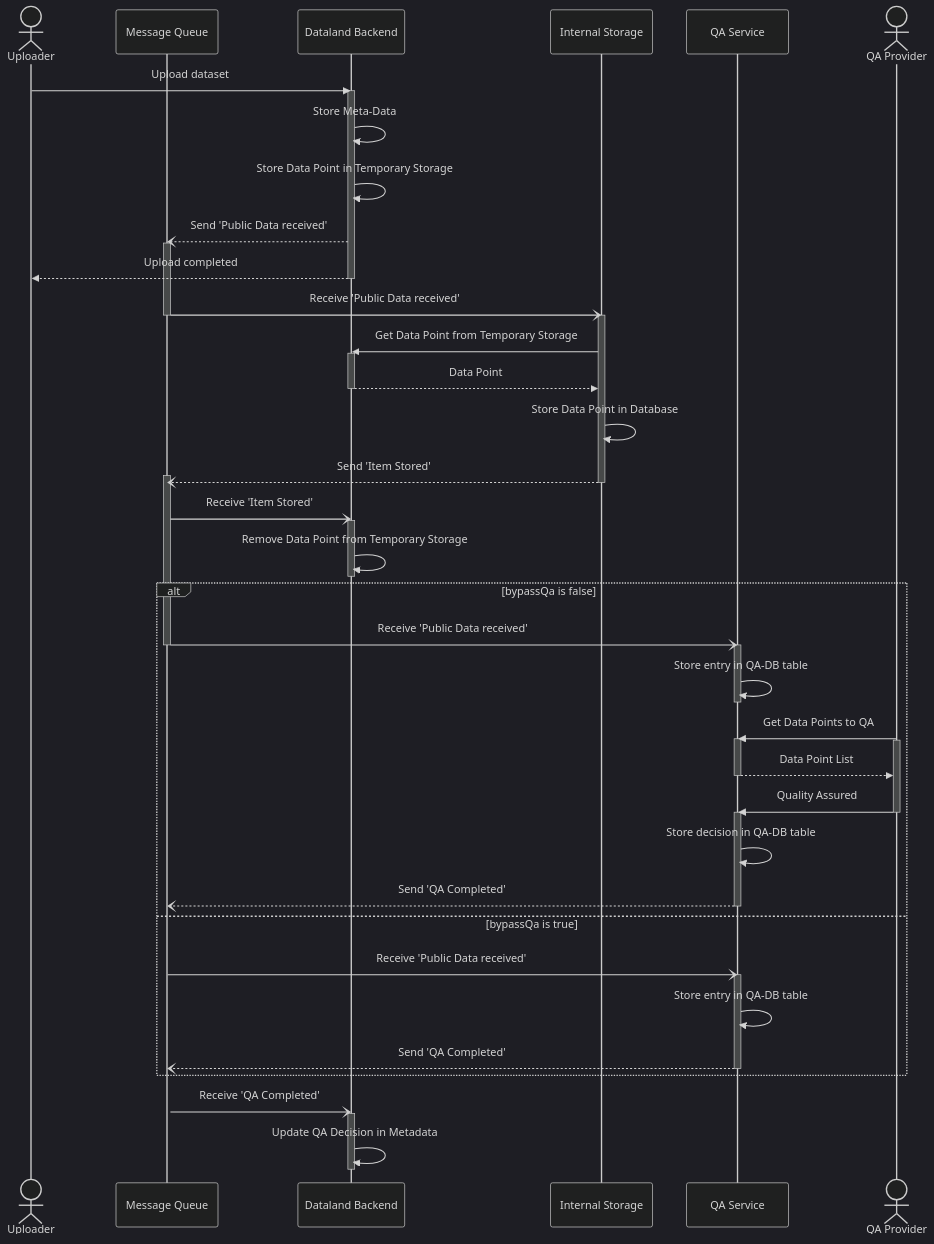
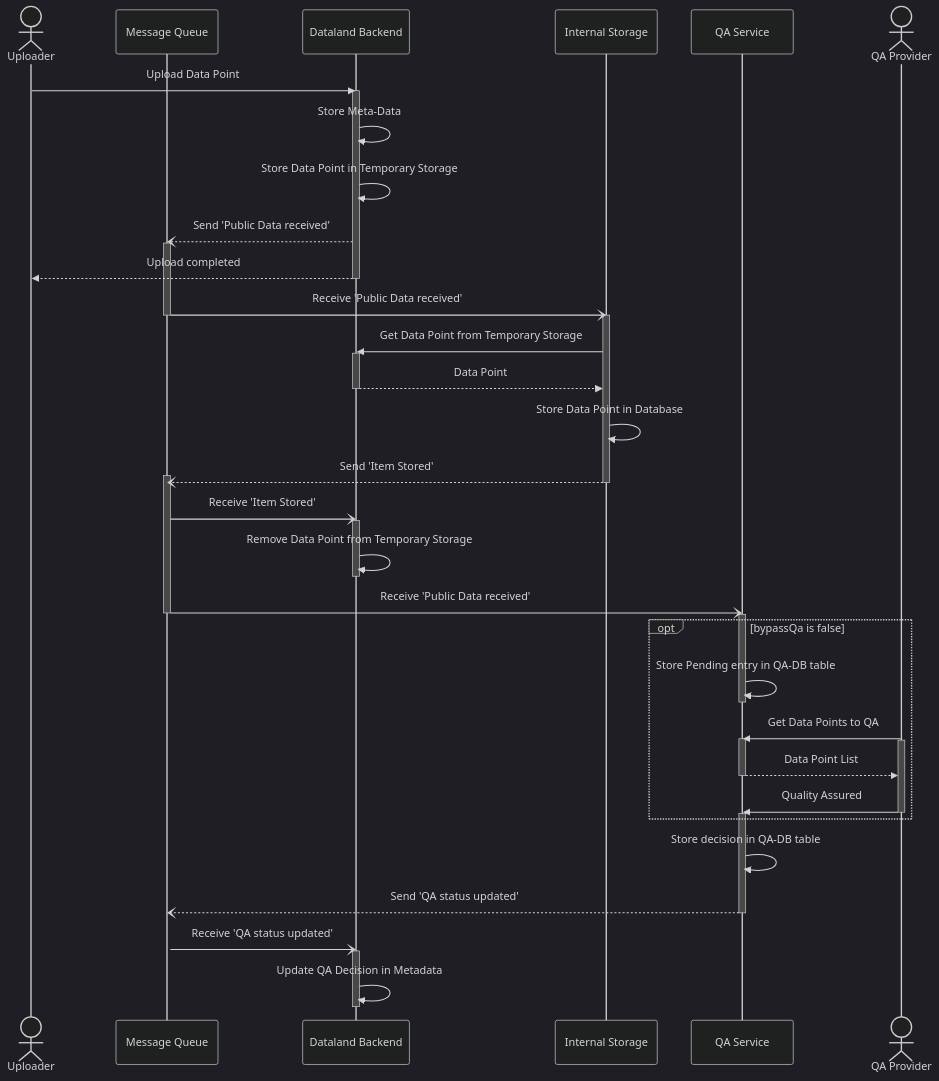
The diagram in documentation/processes/data_point_upload_process.md (d-fine/Dataland), drawn with Mermaid (dark theme) before and after one commit. The commit also changed 1 other file, not shown here.

Commit message:
Updated mermaid diagrams to match current process

````diff
--- a/documentation/processes/data_point_upload_process.md
+++ b/documentation/processes/data_point_upload_process.md
@@ -11,68 +11,63 @@
 ```mermaid
 sequenceDiagram
     actor Uploader
     participant mq as Message Queue
     participant backend as Dataland Backend
     participant storage as Internal Storage
     participant qaService as QA Service
     actor qaler as QA Provider
 
-    Uploader ->> backend: Upload dataset
+    Uploader ->> backend: Upload Data Point
     activate backend
     backend ->> backend: Store Meta-Data
     backend ->> backend: Store Data Point in Temporary Storage
     backend --) mq: Send 'Public Data received'
     activate mq
     backend -->> Uploader: Upload completed
     deactivate backend
 
     mq -) storage: Receive 'Public Data received'
     deactivate mq
     activate storage
     storage ->> backend: Get Data Point from Temporary Storage
     activate backend
     backend -->> storage: Data Point
     deactivate backend
     storage ->> storage: Store Data Point in Database
     storage --) mq: Send 'Item Stored'
     activate mq
     deactivate storage
 
     mq -) backend: Receive 'Item Stored'
     activate backend
     backend ->> backend: Remove Data Point from Temporary Storage
     deactivate backend
-    alt bypassQa is false
-        mq -) qaService: Receive 'Public Data received'
-        deactivate mq
-        activate qaService
-        qaService ->> qaService: Store entry in QA-DB table
+    mq -) qaService: Receive 'Public Data received'
+    deactivate mq
+    activate qaService
+
+    opt bypassQa is false
+        qaService ->> qaService: Store Pending entry in QA-DB table
         deactivate qaService
 
         qaler ->> qaService: Get Data Points to QA
         activate qaService
         activate qaler
         qaService -->> qaler: Data Point List
         deactivate qaService
         qaler ->> qaService: Quality Assured
         deactivate qaler
         activate qaService
-        qaService ->> qaService: Store decision in QA-DB table
-
-        qaService --) mq: Send 'QA Completed'
-        deactivate qaService
-
-    else bypassQa is true
-        mq -) qaService: Receive 'Public Data received'
-        activate qaService
-        qaService ->> qaService: Store entry in QA-DB table
-        qaService --) mq: Send 'QA Completed'
-        activate mq
-        deactivate qaService
     end
 
-    mq -) backend: Receive 'QA Completed'
+    qaService ->> qaService: Store decision in QA-DB table
+
+    qaService --) mq: Send 'QA status updated'
+    deactivate qaService
+    activate mq
+
+    mq -) backend: Receive 'QA status updated'
     activate backend
     backend ->> backend: Update QA Decision in Metadata
     deactivate backend
 ```
````
